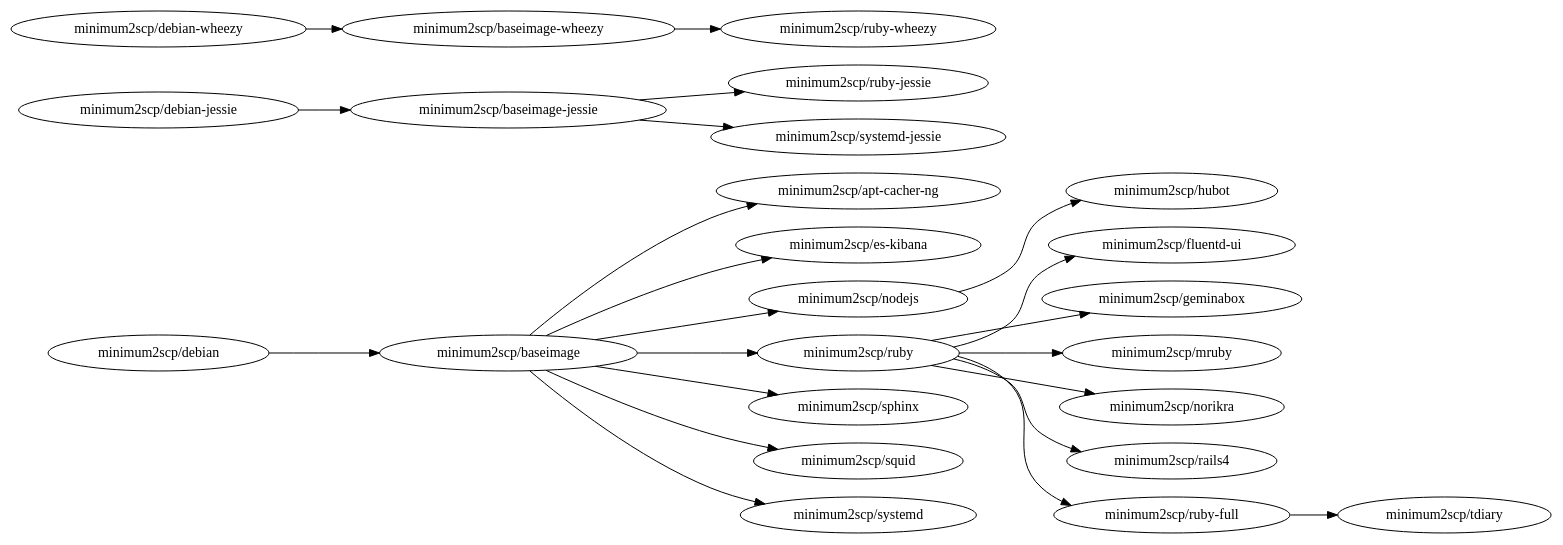
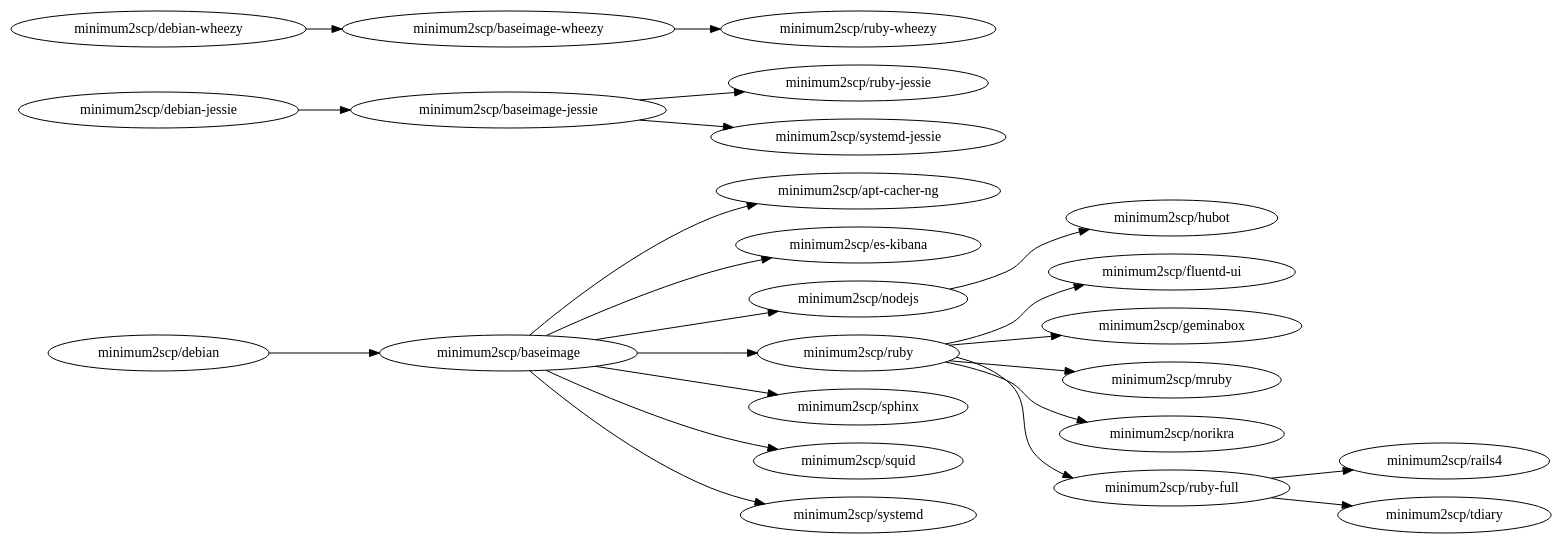
Before and after one commit to minimum2scp/dockerfiles: the diagram in deps.dot, drawn with Graphviz. The commit also changed 2 other files, not shown here.

Commit message:
rails4: use ruby-full image

```diff
--- a/deps.dot
+++ b/deps.dot
@@ -1,42 +1,42 @@
 digraph deps {
   graph        [rankdir = "LR"];
   ratio = auto;
 
 
   acng              [label = "minimum2scp/apt-cacher-ng"];
   baseimage         [label = "minimum2scp/baseimage"];
   baseimage_jessie  [label = "minimum2scp/baseimage-jessie"];
   baseimage_wheezy  [label = "minimum2scp/baseimage-wheezy"];
   debian            [label = "minimum2scp/debian"];
   debian_jessie     [label = "minimum2scp/debian-jessie"];
   debian_wheezy     [label = "minimum2scp/debian-wheezy"];
   es_kibana         [label = "minimum2scp/es-kibana"];
   fluentd_ui        [label = "minimum2scp/fluentd-ui"];
   geminabox         [label = "minimum2scp/geminabox"];
   hubot             [label = "minimum2scp/hubot"];
   mruby             [label = "minimum2scp/mruby"];
   nodejs            [label = "minimum2scp/nodejs"];
   norikra           [label = "minimum2scp/norikra"];
   rails4            [label = "minimum2scp/rails4"];
   ruby              [label = "minimum2scp/ruby"];
   ruby_full         [label = "minimum2scp/ruby-full"];
   ruby_jessie       [label = "minimum2scp/ruby-jessie"];
   ruby_wheezy       [label = "minimum2scp/ruby-wheezy"];
   sphinx            [label = "minimum2scp/sphinx"];
   squid             [label = "minimum2scp/squid"];
   systemd           [label = "minimum2scp/systemd"];
   systemd_jessie    [label = "minimum2scp/systemd-jessie"];
   tdiary            [label = "minimum2scp/tdiary"];
 
   debian    -> baseimage;
   baseimage -> {acng, es_kibana, nodejs, ruby, sphinx, squid, systemd};
-  ruby      -> {fluentd_ui, geminabox, mruby, norikra, rails4, ruby_full};
-  ruby_full -> {tdiary};
+  ruby      -> {fluentd_ui, geminabox, mruby, norikra, ruby_full};
+  ruby_full -> {rails4, tdiary};
   nodejs    -> {hubot};
 
   debian_jessie    -> baseimage_jessie;
   baseimage_jessie -> {systemd_jessie, ruby_jessie};
 
   debian_wheezy    -> baseimage_wheezy;
   baseimage_wheezy -> ruby_wheezy;
 }
```
